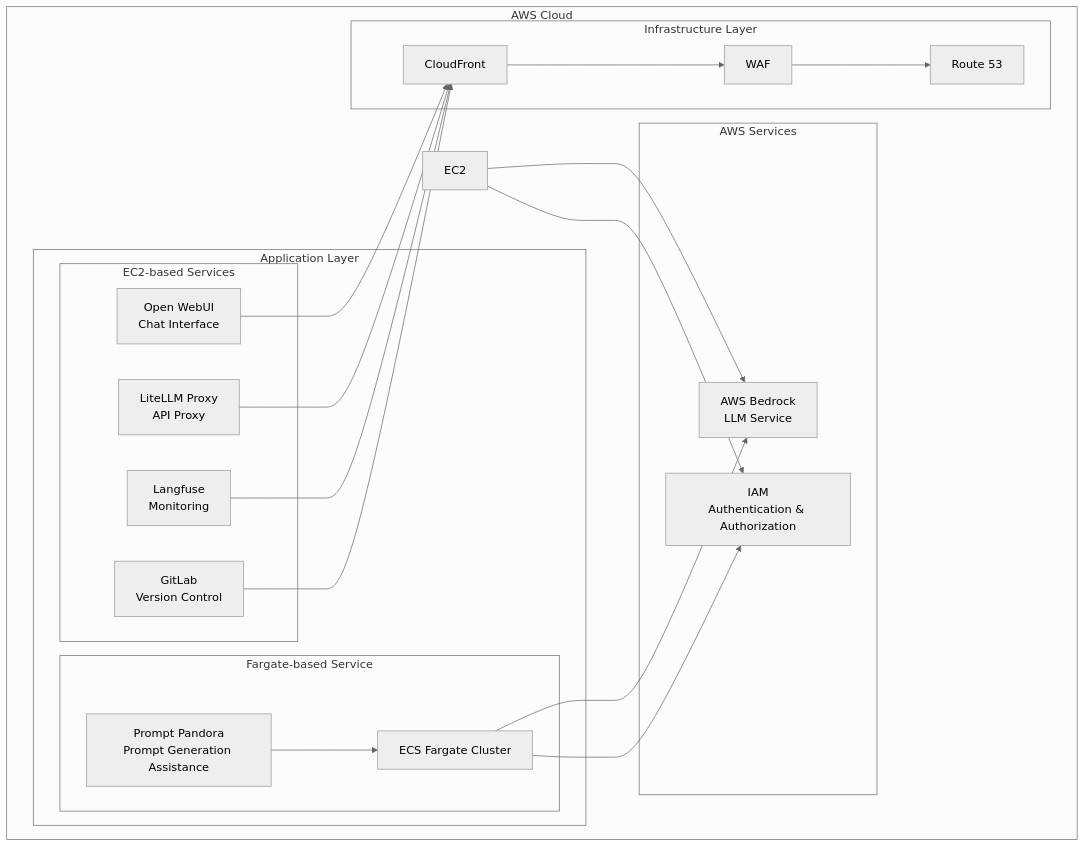
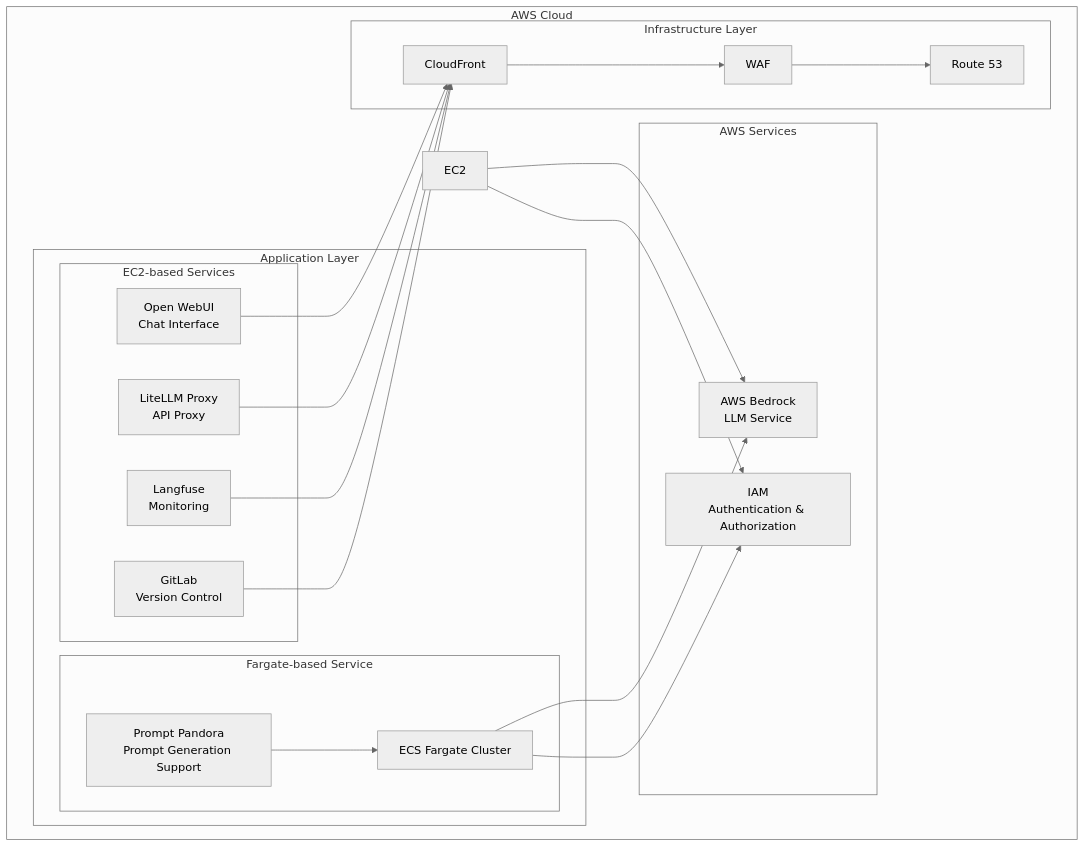
Before and after one commit to Sunwood-ai-labs/AMATERASU: the diagram in docs/README.en.md, drawn with Mermaid (neutral theme). The commit also changed other lines of this file, not shown here.

````diff
--- a/docs/README.en.md
+++ b/docs/README.en.md
@@ -48,43 +49,43 @@
 ```mermaid
 graph TB
     subgraph "AWS Cloud"
         subgraph "Application Layer"
             subgraph "EC2-based Services"
                 OW["Open WebUI<br/>Chat Interface"]
                 LL["LiteLLM Proxy<br/>API Proxy"]
                 LF["Langfuse<br/>Monitoring"]
                 GL["GitLab<br/>Version Control"]
             end
             
             subgraph "Fargate-based Service"
-                PP["Prompt Pandora<br/>Prompt Generation Assistance"]
+                PP["Prompt Pandora<br/>Prompt Generation Support"]
                 ECS["ECS Fargate Cluster"]
             end
         end
         
         subgraph "Infrastructure Layer"
             CF["CloudFront"]
             WAF["WAF"]
             R53["Route 53"]
         end
         
         subgraph "AWS Services"
             Bedrock["AWS Bedrock<br/>LLM Service"]
             IAM["IAM<br/>Authentication & Authorization"]
         end
         
         OW --> CF
         LL --> CF
         LF --> CF
         GL --> CF
         PP --> ECS
         
         CF --> WAF
         WAF --> R53
         
         EC2 --> Bedrock
         ECS --> Bedrock
         EC2 --> IAM
         ECS --> IAM
     end
 ```
````
